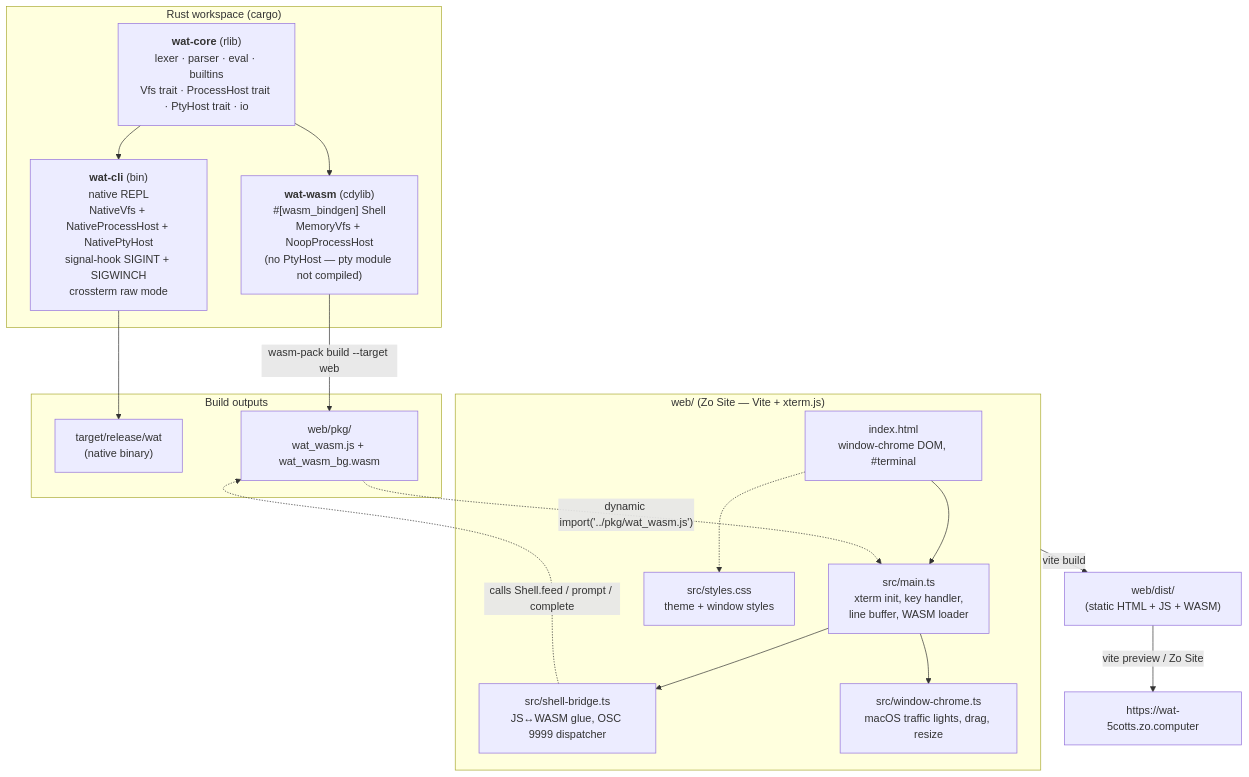
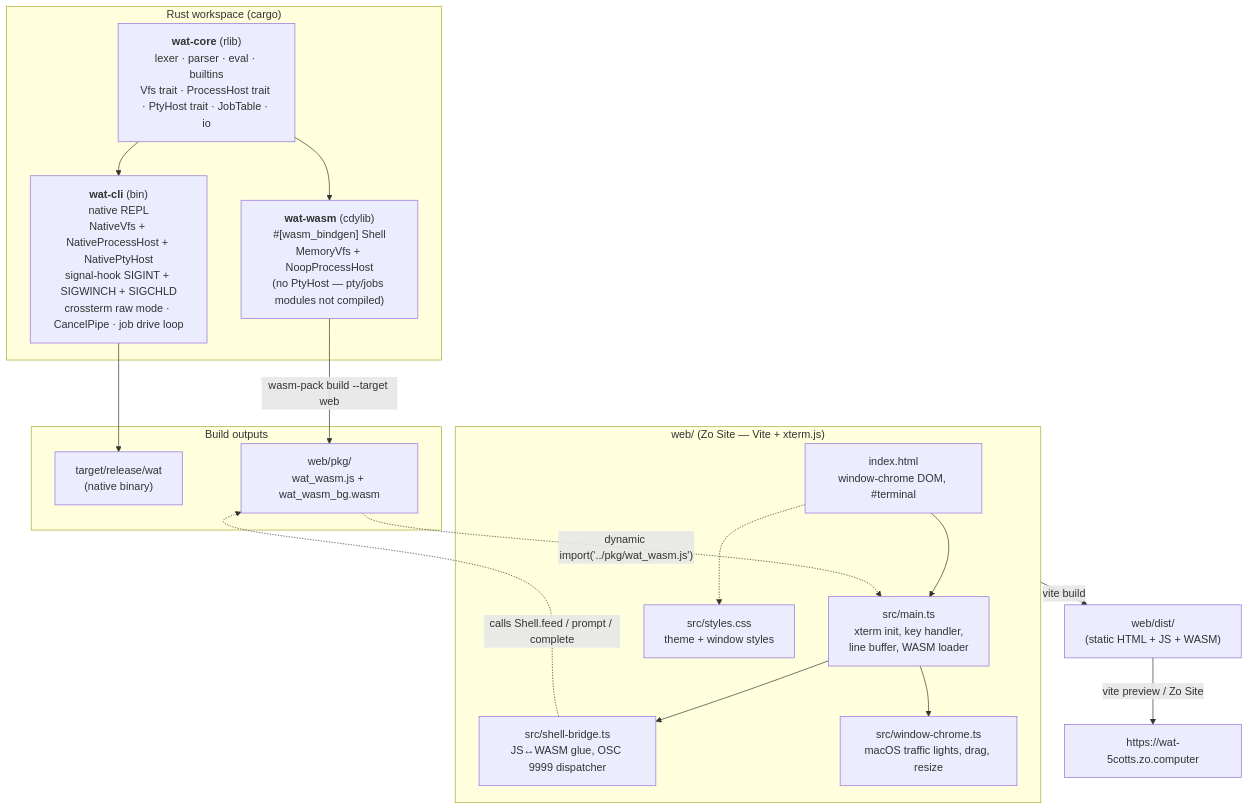
One commit to 5cotts/wat changed the first of 2 diagrams in README.md. Above: the diagram before and after it, drawn with Mermaid. The commit also changed other lines of this file, not shown here.

````diff
--- a/README.md
+++ b/README.md
@@ -75,35 +76,35 @@
 ```mermaid
 flowchart TB
   subgraph Rust["Rust workspace (cargo)"]
-    core["<b>wat-core</b> (rlib)<br/>lexer · parser · eval · builtins<br/>Vfs trait · ProcessHost trait · PtyHost trait · io"]
-    cli["<b>wat-cli</b> (bin)<br/>native REPL<br/>NativeVfs + NativeProcessHost + NativePtyHost<br/>signal-hook SIGINT + SIGWINCH<br/>crossterm raw mode"]
-    wasm["<b>wat-wasm</b> (cdylib)<br/>#[wasm_bindgen] Shell<br/>MemoryVfs + NoopProcessHost<br/>(no PtyHost — pty module not compiled)"]
+    core["<b>wat-core</b> (rlib)<br/>lexer · parser · eval · builtins<br/>Vfs trait · ProcessHost trait · PtyHost trait · JobTable · io"]
+    cli["<b>wat-cli</b> (bin)<br/>native REPL<br/>NativeVfs + NativeProcessHost + NativePtyHost<br/>signal-hook SIGINT + SIGWINCH + SIGCHLD<br/>crossterm raw mode · CancelPipe · job drive loop"]
+    wasm["<b>wat-wasm</b> (cdylib)<br/>#[wasm_bindgen] Shell<br/>MemoryVfs + NoopProcessHost<br/>(no PtyHost — pty/jobs modules not compiled)"]
     core --> cli
     core --> wasm
   end
 
   subgraph Build["Build outputs"]
     binary["target/release/wat<br/>(native binary)"]
     pkg["web/pkg/<br/>wat_wasm.js + wat_wasm_bg.wasm"]
     cli --> binary
     wasm -- "wasm-pack build --target web" --> pkg
   end
 
   subgraph Web["web/ (Zo Site — Vite + xterm.js)"]
     html["index.html<br/>window-chrome DOM, #terminal"]
     main["src/main.ts<br/>xterm init, key handler,<br/>line buffer, WASM loader"]
     bridge["src/shell-bridge.ts<br/>JS↔WASM glue, OSC 9999 dispatcher"]
     chrome["src/window-chrome.ts<br/>macOS traffic lights, drag, resize"]
     css["src/styles.css<br/>theme + window styles"]
     html --> main
     main --> bridge
     main --> chrome
     html -.-> css
   end
 
   pkg -. "dynamic import('../pkg/wat_wasm.js')" .-> main
   bridge -. "calls Shell.feed / prompt / complete" .-> pkg
 
   Web -- "vite build" --> dist["web/dist/<br/>(static HTML + JS + WASM)"]
   dist -- "vite preview / Zo Site" --> live["https://wat-5cotts.zo.computer"]
 ```
````
